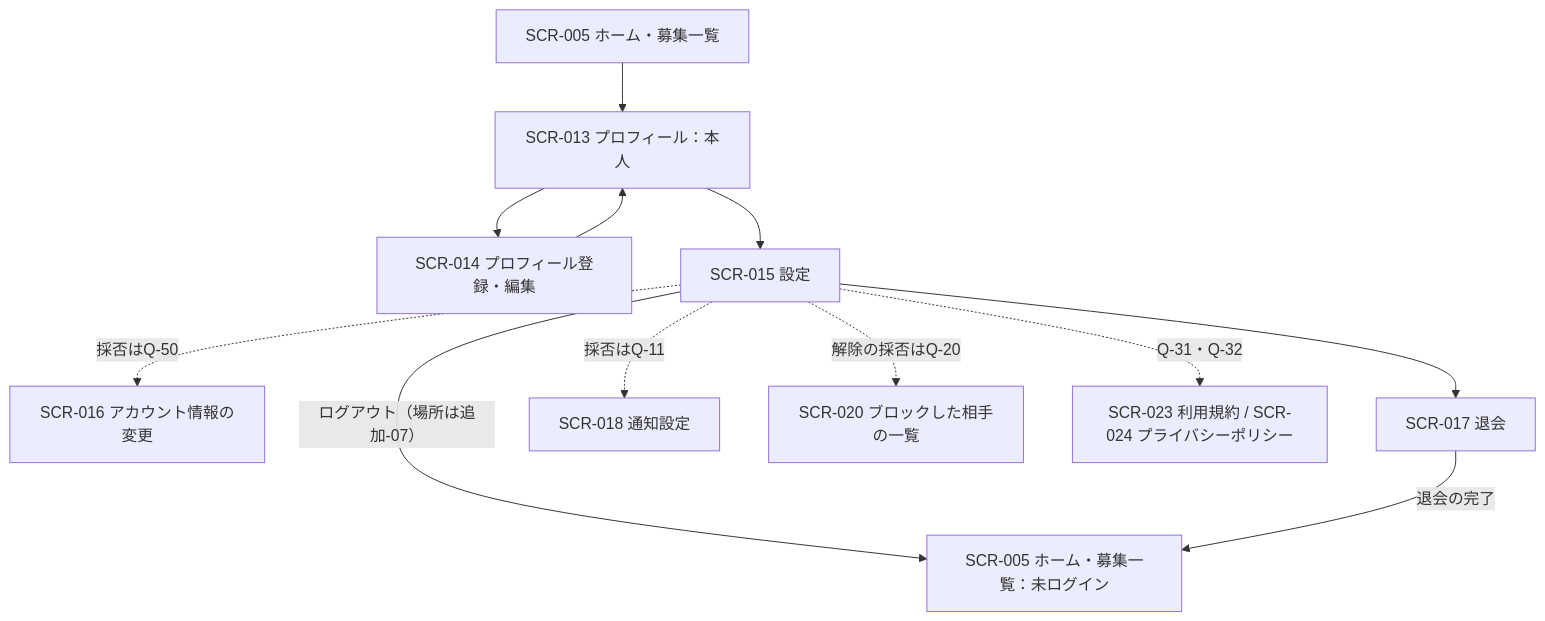
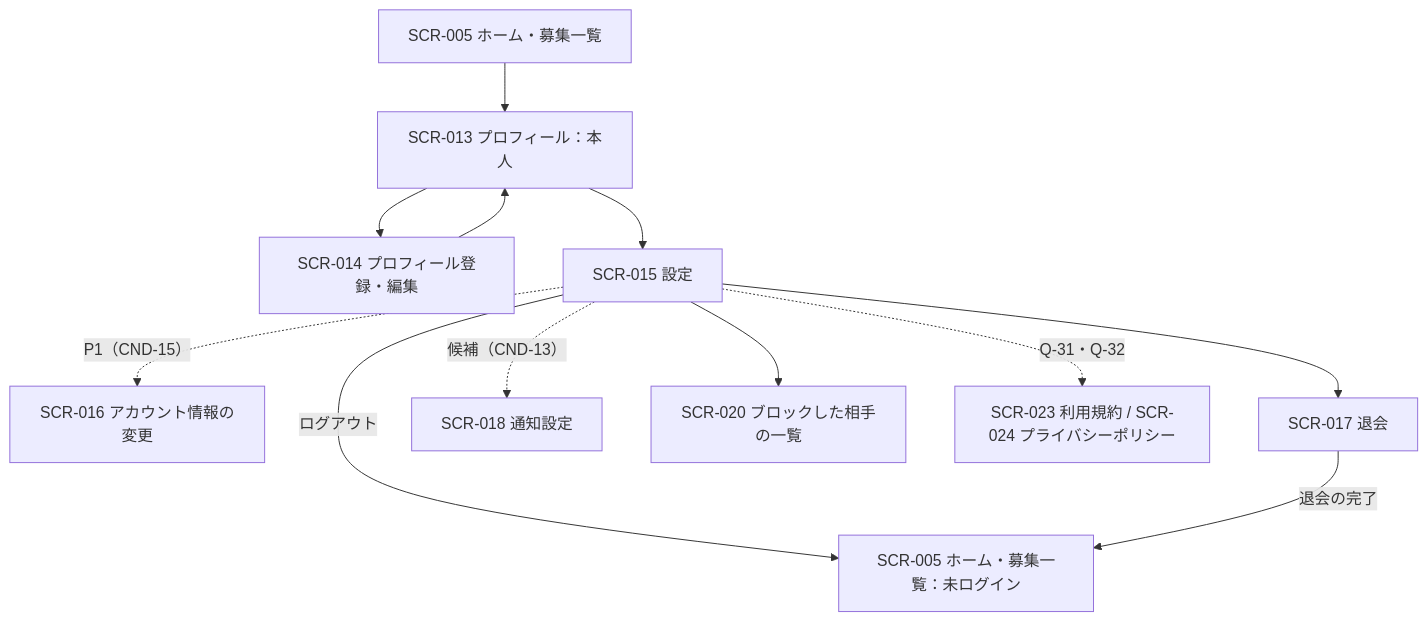
One commit to sysnovastudio-byte/nagoya-volleyball-matching changed the fifth of 8 diagrams in docs/10_画面一覧.md. Above: the diagram before and after it, drawn with Mermaid. The commit also changed other lines of this file and 10 other files, not shown here.

````diff
--- a/docs/10_画面一覧.md
+++ b/docs/10_画面一覧.md
@@ -338,14 +339,14 @@
 ```mermaid
 flowchart TD
     E0["SCR-005 ホーム・募集一覧"] --> E1["SCR-013 プロフィール：本人"]
     E1 --> E2["SCR-014 プロフィール登録・編集"]
     E2 --> E1
     E1 --> E3["SCR-015 設定"]
-    E3 -->|"ログアウト（場所は追加-07）"| E4["SCR-005 ホーム・募集一覧：未ログイン"]
-    E3 -.->|"採否はQ-50"| E5["SCR-016 アカウント情報の変更"]
+    E3 -->|"ログアウト"| E4["SCR-005 ホーム・募集一覧：未ログイン"]
+    E3 -.->|"P1（CND-15）"| E5["SCR-016 アカウント情報の変更"]
     E3 --> E6["SCR-017 退会"]
-    E3 -.->|"採否はQ-11"| E7["SCR-018 通知設定"]
-    E3 -.->|"解除の採否はQ-20"| E8["SCR-020 ブロックした相手の一覧"]
+    E3 -.->|"候補（CND-13）"| E7["SCR-018 通知設定"]
+    E3 --> E8["SCR-020 ブロックした相手の一覧"]
     E3 -.->|"Q-31・Q-32"| E9["SCR-023 利用規約 / SCR-024 プライバシーポリシー"]
     E6 -->|"退会の完了"| E4
 ```
````
